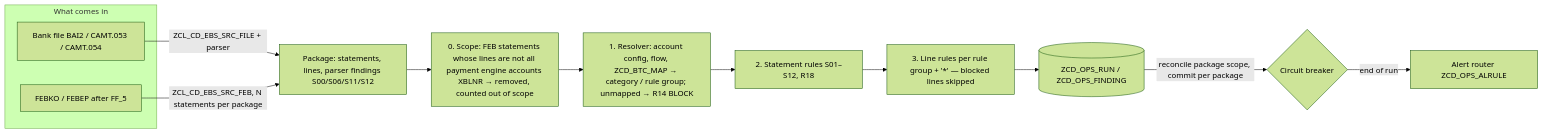
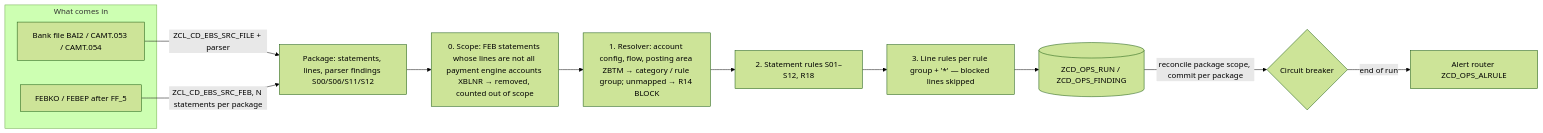
One commit to jaideep247/bai changed the diagram in ops-suite/docs/EBS_VALIDATION.md. Above: the diagram before and after it, drawn with Mermaid (forest theme). The commit also changed other lines of this file and 142 other files, not shown here.

````diff
--- a/ops-suite/docs/EBS_VALIDATION.md
+++ b/ops-suite/docs/EBS_VALIDATION.md
@@ -142,16 +142,16 @@
 ```mermaid
 flowchart LR
   subgraph IN[What comes in]
     F[Bank file BAI2 / CAMT.053 / CAMT.054]
     I[FEBKO / FEBEP after FF_5]
   end
   F -->|ZCL_CD_EBS_SRC_FILE + parser| P[Package: statements, lines, parser findings S00/S06/S11/S12]
   I -->|ZCL_CD_EBS_SRC_FEB, N statements per package| P
   P --> E0[0. Scope: FEB statements whose lines are not all payment engine accounts XBLNR → removed, counted out of scope]
-  E0 --> E1[1. Resolver: account config, flow, ZCD_BTC_MAP → category / rule group; unmapped → R14 BLOCK]
+  E0 --> E1[1. Resolver: account config, flow, posting area ZBTM → category / rule group; unmapped → R14 BLOCK]
   E1 --> E2[2. Statement rules S01–S12, R18]
   E2 --> E3[3. Line rules per rule group + '*' — blocked lines skipped]
   E3 --> ST[(ZCD_OPS_RUN / ZCD_OPS_FINDING)]
   ST -->|reconcile package scope, commit per package| CB{Circuit breaker}
   CB -->|end of run| AL[Alert router ZCD_OPS_ALRULE]
 ```
````
